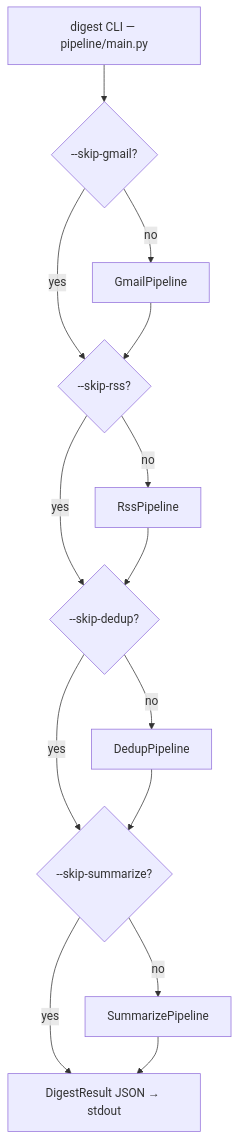
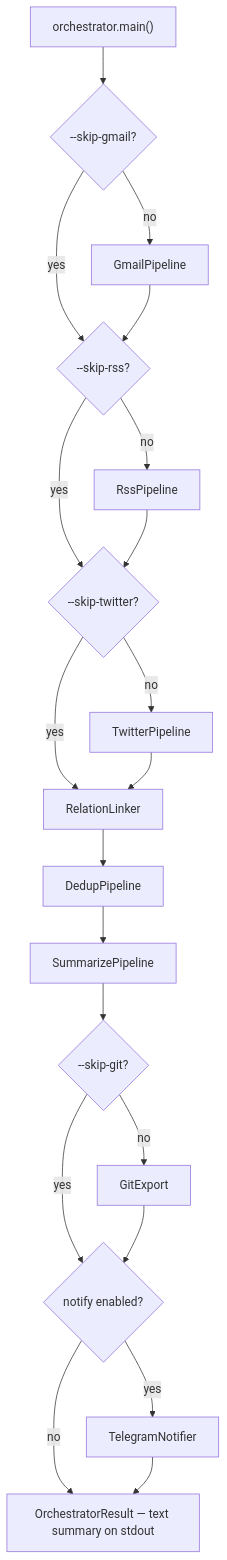
Before and after one commit to aadarshvelu/syndicate: the diagram in pipeline/doc.md, drawn with Mermaid. The commit also changed other lines of this file and 48 other files, not shown here.

````diff
--- a/pipeline/doc.md
+++ b/pipeline/doc.md
@@ -7,22 +9,30 @@
 ```mermaid
 flowchart TD
-    CLI["digest CLI — pipeline/main.py"]
+    CLI["orchestrator.main()"]
 
     CLI --> G_SKIP{--skip-gmail?}
-    G_SKIP -->|no| GMAIL["GmailPipeline"]
+    G_SKIP -->|no| GMAIL[GmailPipeline]
     G_SKIP -->|yes| R_SKIP
 
     GMAIL --> R_SKIP{--skip-rss?}
-    R_SKIP -->|no| RSS["RssPipeline"]
-    R_SKIP -->|yes| D_SKIP
+    R_SKIP -->|no| RSS[RssPipeline]
+    R_SKIP -->|yes| T_SKIP
 
-    RSS --> D_SKIP{--skip-dedup?}
-    D_SKIP -->|no| DEDUP["DedupPipeline"]
-    D_SKIP -->|yes| S_SKIP
+    RSS --> T_SKIP{--skip-twitter?}
+    T_SKIP -->|no| TWITTER[TwitterPipeline]
+    T_SKIP -->|yes| REL
 
-    DEDUP --> S_SKIP{--skip-summarize?}
-    S_SKIP -->|no| SUM["SummarizePipeline"]
-    S_SKIP -->|yes| OUT
+    TWITTER --> REL[RelationLinker]
+    REL --> DEDUP[DedupPipeline]
+    DEDUP --> SUM[SummarizePipeline]
 
-    SUM --> OUT["DigestResult JSON → stdout"]
+    SUM --> EXP_SKIP{--skip-git?}
+    EXP_SKIP -->|no| EXP[GitExport]
+    EXP_SKIP -->|yes| NOTIFY
+
+    EXP --> NOTIFY{notify enabled?}
+    NOTIFY -->|yes| TG[TelegramNotifier]
+    NOTIFY -->|no| OUT
+
+    TG --> OUT["OrchestratorResult — text summary on stdout"]
 ```
````
